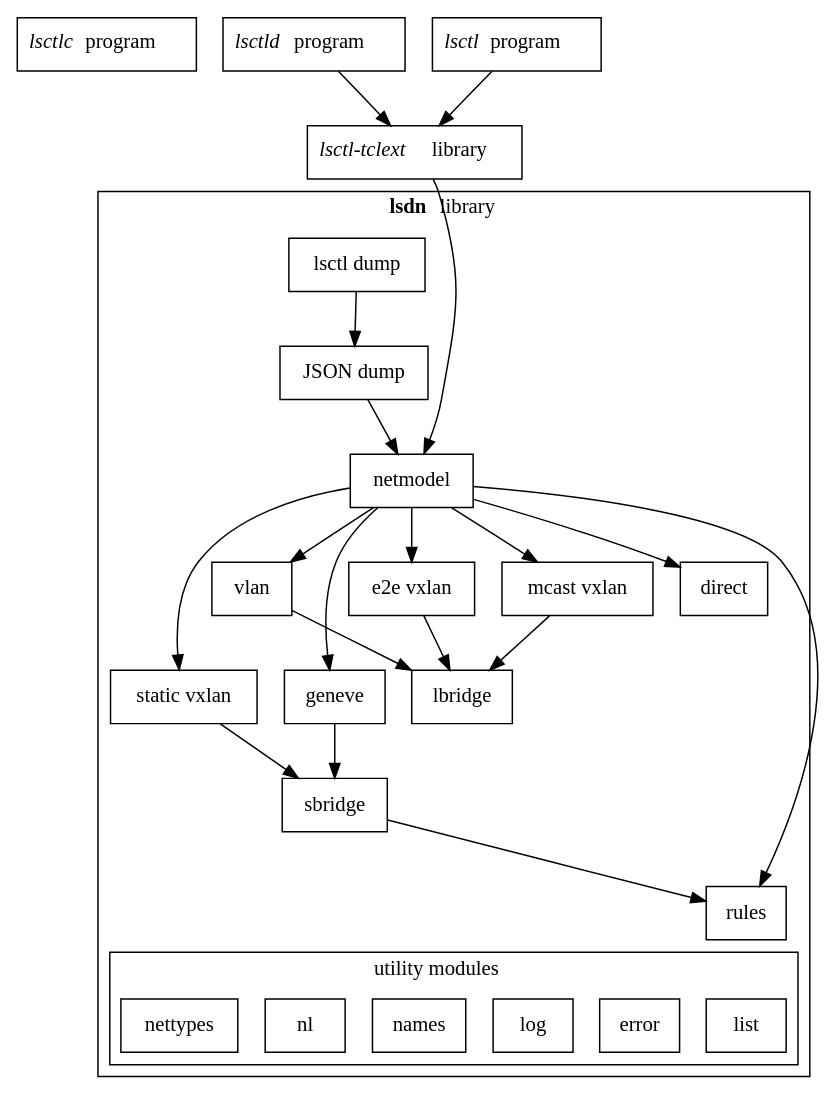
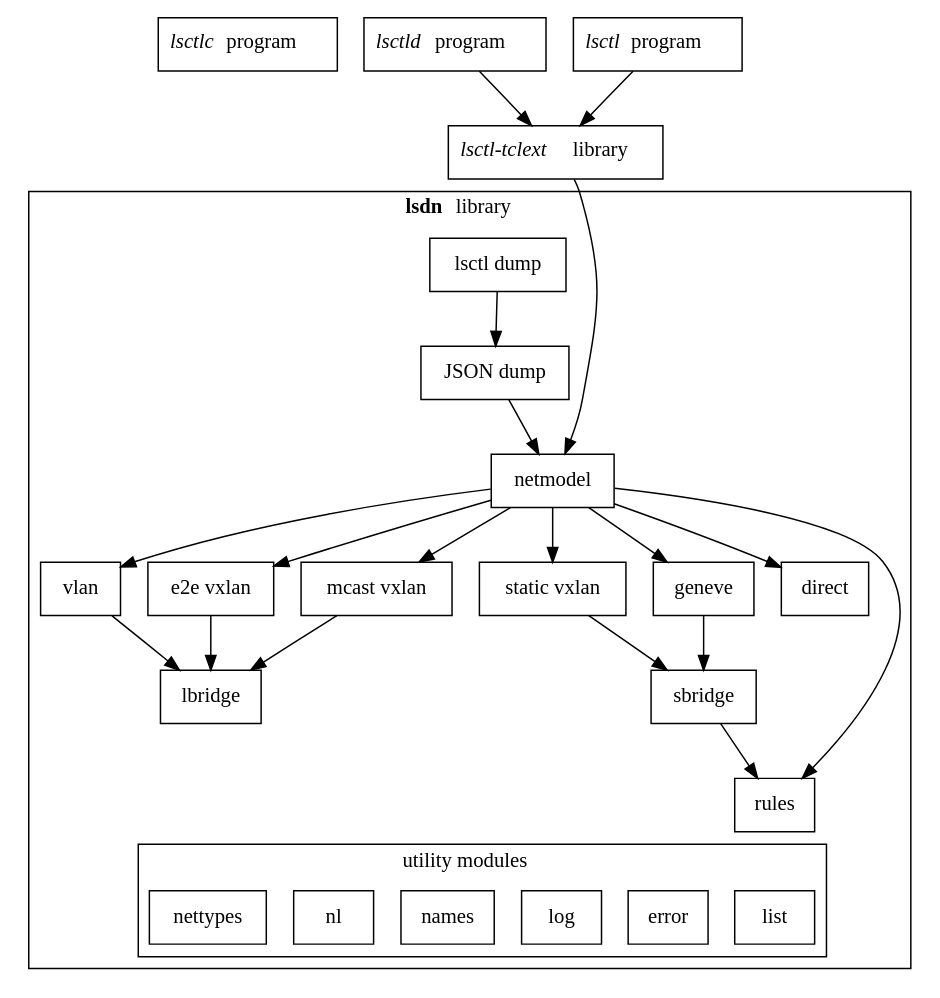
The diagram in docs/internals.rst (asch/lsdn), drawn with Graphviz before and after one commit. The commit also changed other lines of this file, not shown here.

```diff
--- a/docs/internals.rst
+++ b/docs/internals.rst
@@ -6,58 +15,57 @@
 .. digraph:: layering
     :caption: Organization
 
     node [shape=record]
     compound = true
 
     lsctlc [label = <<i>lsctlc</i> program>]
     lsctld [label = <<i>lsctld</i> program>]
     lsctl [label = <<i>lsctl</i> program>]
     tclext [label = <<i>lsctl-tclext</i> library>]
 
     subgraph cluster_liblsdn {
         label = <<b>lsdn</b> library>
         color = black
 
         json_dump [label = "JSON dump"]
         lsctl_dump [label = "lsctl dump"]
         netmodel
         vlan
         vxlan_static [label = "static vxlan"]
         vxlan_e2e [label = "e2e vxlan"]
         vxlan_mcast [label = "mcast vxlan"]
         geneve
         direct
         sbridge
         lbridge
         rules
         subgraph cluster_util {
             label = <utility modules>;
             list
             error
             log
             names
             nl
             nettypes
             list
         }
     }
 
     lsctl_dump -> json_dump
     json_dump -> netmodel
     lsctld -> tclext
     lsctl -> tclext
     tclext -> netmodel
     netmodel -> {vlan vxlan_static vxlan_e2e vxlan_mcast geneve direct}
     {vlan vxlan_e2e vxlan_mcast} -> lbridge
     {vxlan_static geneve} -> sbridge
     sbridge -> rules
     netmodel -> rules
 
 
     # Layout hacks
 
     # Needed not to render tools parallel with subgraph in parallel
     tclext -> lsctl_dump [style=invis]
-    vlan -> {geneve vxlan_static} [style=invis]
 
     rules -> list [style=invis ltail=cluster_util]
```
